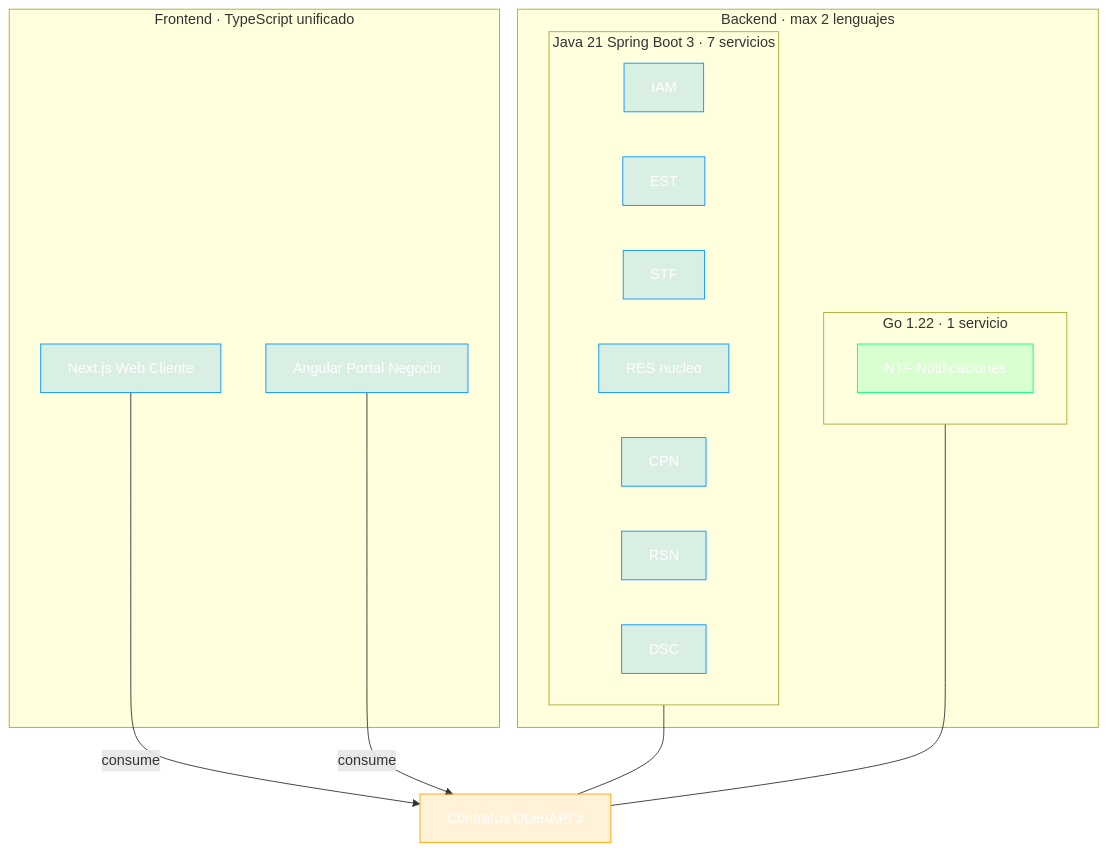
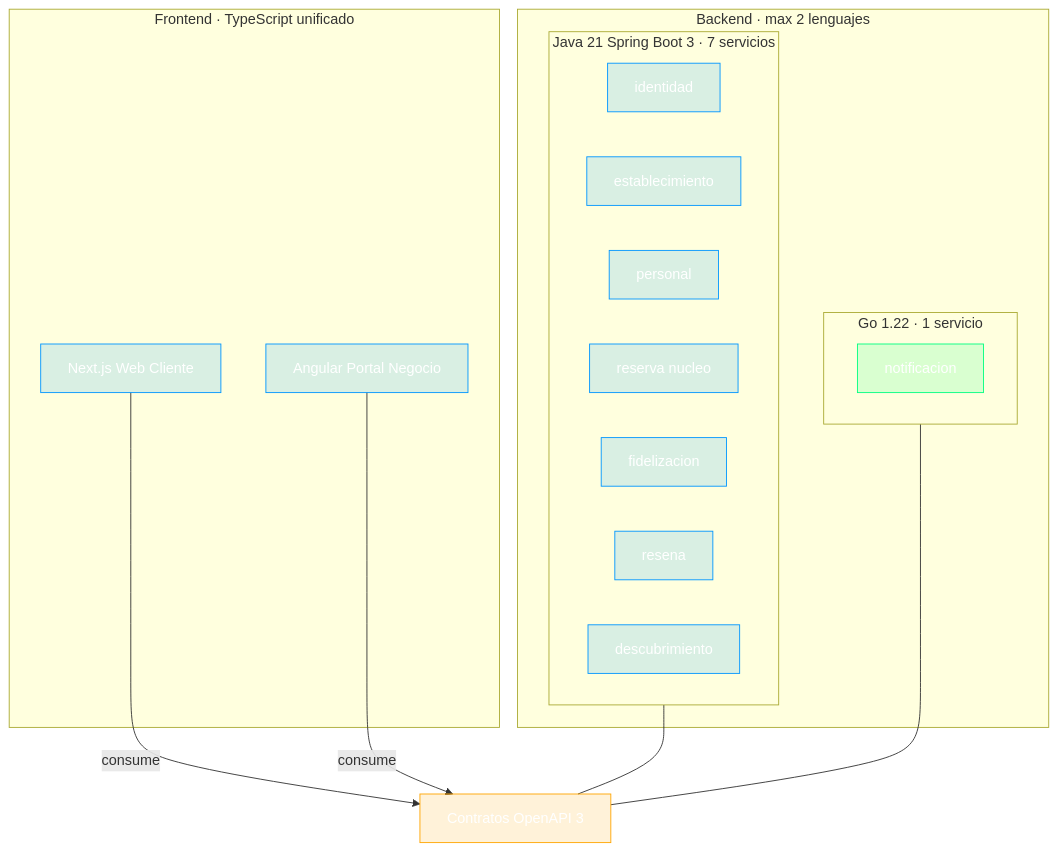
Before and after one commit to JavierDevCol/sillalibre: the diagram in artifacts/ADR/ADR-002-stack-poliglota-acotado.md, drawn with Mermaid. The commit also changed other lines of this file and 21 other files, not shown here.

First line of the commit message:
docs(architecture): ADR-008 híbrido Kafka+RabbitMQ y renombrar servicios

````diff
--- a/artifacts/ADR/ADR-002-stack-poliglota-acotado.md
+++ b/artifacts/ADR/ADR-002-stack-poliglota-acotado.md
@@ -74,39 +74,39 @@
 ```mermaid
 graph TD
     subgraph BACK["Backend · max 2 lenguajes"]
         subgraph JAVA["Java 21 Spring Boot 3 · 7 servicios"]
-            IAM["IAM"]
-            EST["EST"]
-            STF["STF"]
-            RES["RES nucleo"]
-            CPN["CPN"]
-            RSN["RSN"]
-            DSC["DSC"]
+            IAM["identidad"]
+            EST["establecimiento"]
+            STF["personal"]
+            RES["reserva nucleo"]
+            CPN["fidelizacion"]
+            RSN["resena"]
+            DSC["descubrimiento"]
         end
         subgraph GO["Go 1.22 · 1 servicio"]
-            NTF["NTF Notificaciones"]
+            NTF["notificacion"]
         end
     end
 
     subgraph FRONT["Frontend · TypeScript unificado"]
         NX["Next.js Web Cliente"]
         ANG["Angular Portal Negocio"]
     end
 
     OAS["Contratos OpenAPI 3"]
 
     JAVA --- OAS
     GO --- OAS
     NX -->|consume| OAS
     ANG -->|consume| OAS
 
     classDef java fill:#0096FF26,stroke:#0096FF,color:#fff
     classDef go fill:#00FF7F26,stroke:#00FF7F,color:#fff
     classDef fe fill:#0096FF26,stroke:#0096FF,color:#fff
     classDef contrato fill:#FFA50026,stroke:#FFA500,color:#fff
 
     class IAM,EST,STF,RES,CPN,RSN,DSC java
     class NTF go
     class NX,ANG fe
     class OAS contrato
 ```
````
